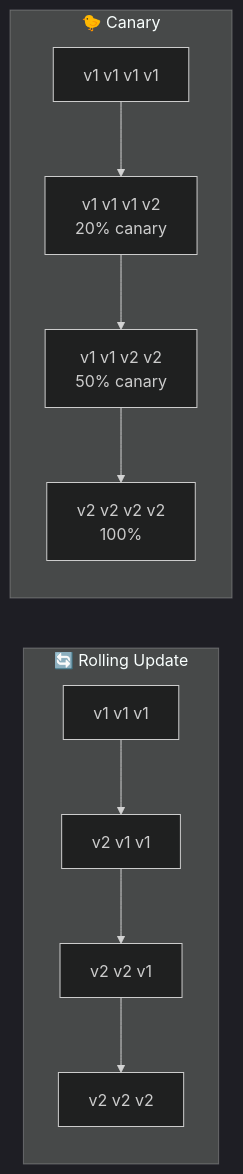
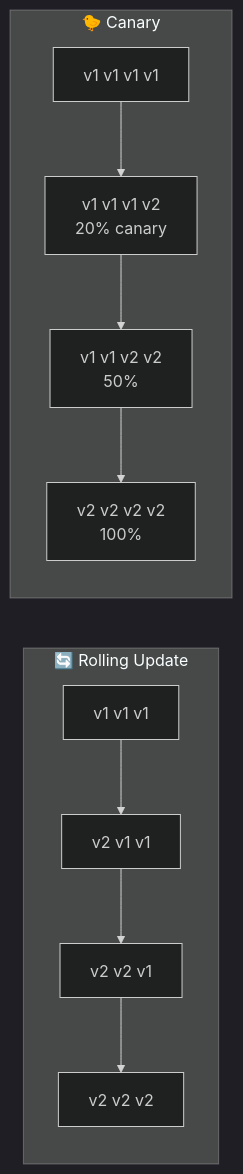
One commit to inno-devops-labs/SRE-Intro changed the first of 6 diagrams in lectures/lec7.md. Above: the diagram before and after it, drawn with Mermaid (dark theme). The commit also changed other lines of this file and 7 other files, not shown here.

````diff
--- a/lectures/lec7.md
+++ b/lectures/lec7.md
@@ -36,9 +53,9 @@
 ```mermaid
 graph LR
     subgraph ROLL["🔄 Rolling Update"]
         R1["v1 v1 v1"] --> R2["v2 v1 v1"] --> R3["v2 v2 v1"] --> R4["v2 v2 v2"]
     end
     subgraph CAN["🐤 Canary"]
-        C1["v1 v1 v1 v1"] --> C2["v1 v1 v1 v2<br/>20% canary"] --> C3["v1 v1 v2 v2<br/>50% canary"] --> C4["v2 v2 v2 v2<br/>100%"]
+        C1["v1 v1 v1 v1"] --> C2["v1 v1 v1 v2<br/>20% canary"] --> C3["v1 v1 v2 v2<br/>50%"] --> C4["v2 v2 v2 v2<br/>100%"]
     end
 ```
````
